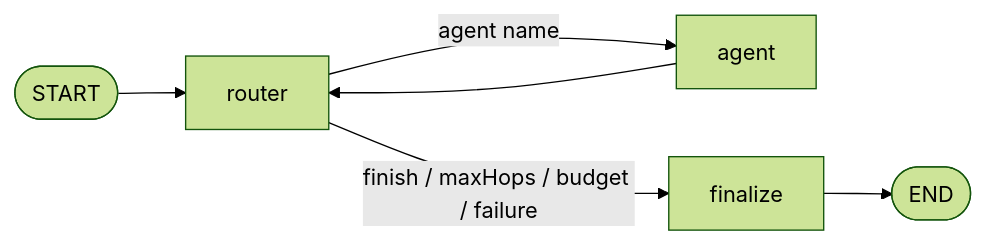
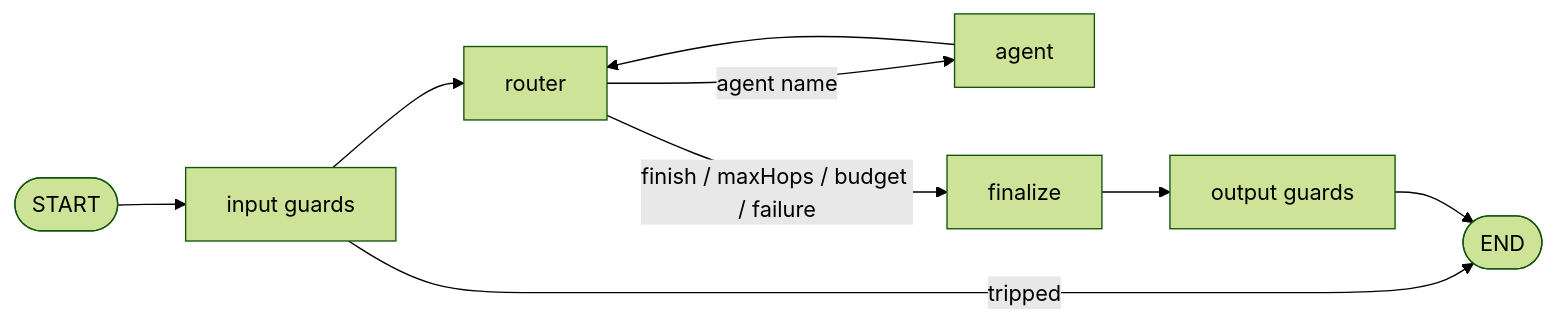
The diagram in Architecture.md (PavelRavvich/agbossjs), drawn with Mermaid (forest theme) before and after one commit. The commit also changed other lines of this file and 3 other files, not shown here.

````diff
--- a/Architecture.md
+++ b/Architecture.md
@@ -3,8 +3,10 @@
 ```mermaid
 flowchart LR
-  S([START]) --> R[router]
+  S([START]) --> IG[input guards]
+  IG -- tripped --> E([END])
+  IG --> R[router]
   R -- agent name --> A[agent]
   A --> R
   R -- finish / maxHops / budget / failure --> F[finalize]
-  F --> E([END])
+  F --> OG[output guards] --> E
 ```
````
